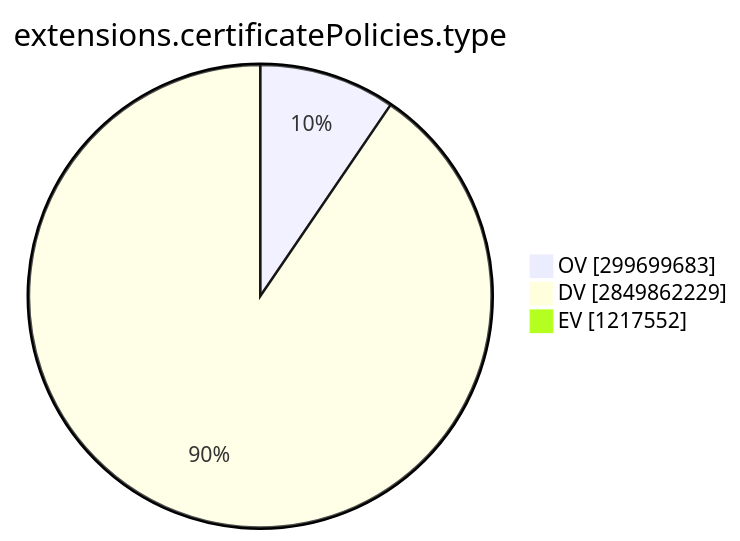
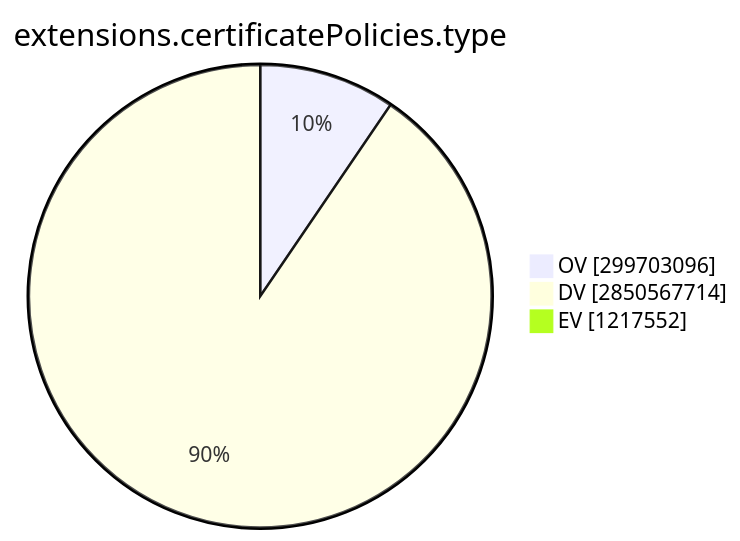
Before and after one commit to christiankrug/ctmonitor_visualization: the ninth of 15 diagrams in TOTAL/README.md, drawn with Mermaid. The commit also changed other lines of this file, not shown here.

````diff
--- a/TOTAL/README.md
+++ b/TOTAL/README.md
@@ -3101,7 +3101,7 @@
 ```mermaid
 pie showData
 title extensions.certificatePolicies.type
-"OV" :299699683
-"DV" :2849862229
+"OV" :299703096
+"DV" :2850567714
 "EV" :1217552
 ```
````
